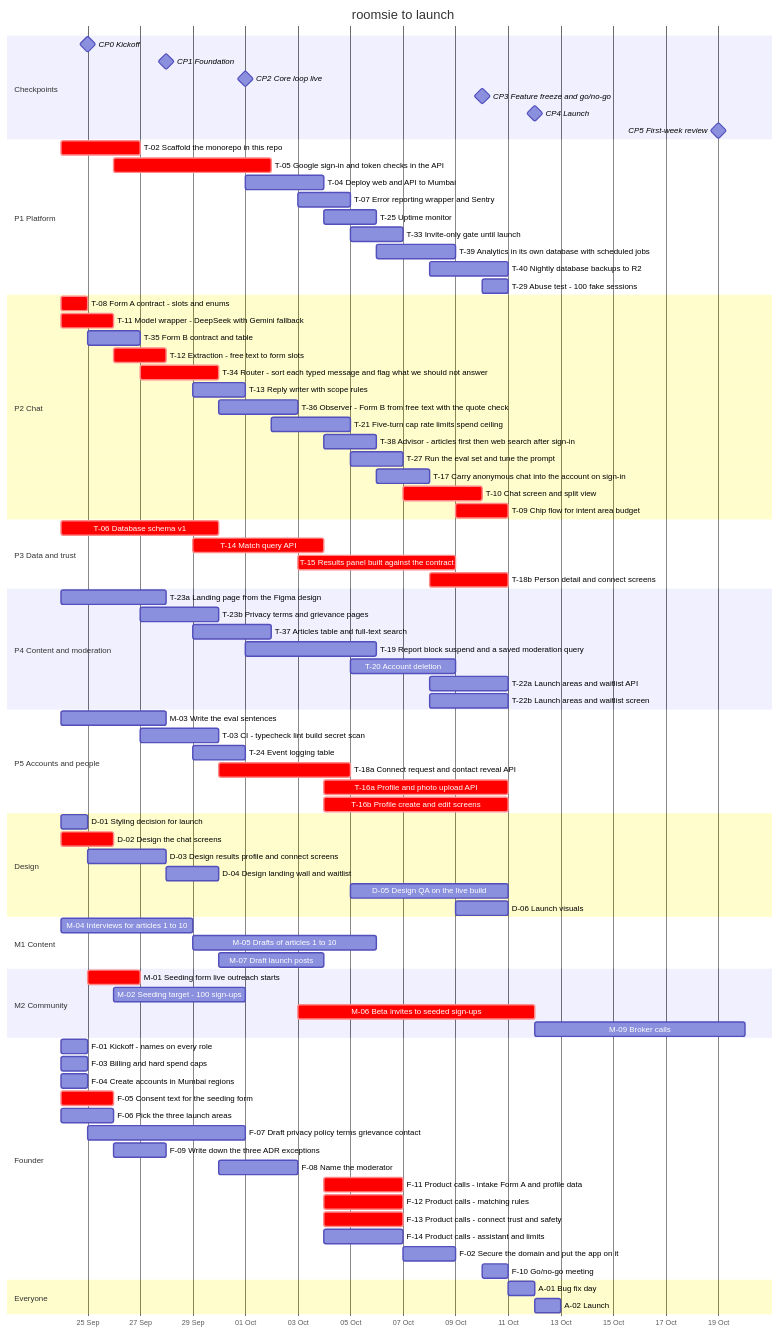
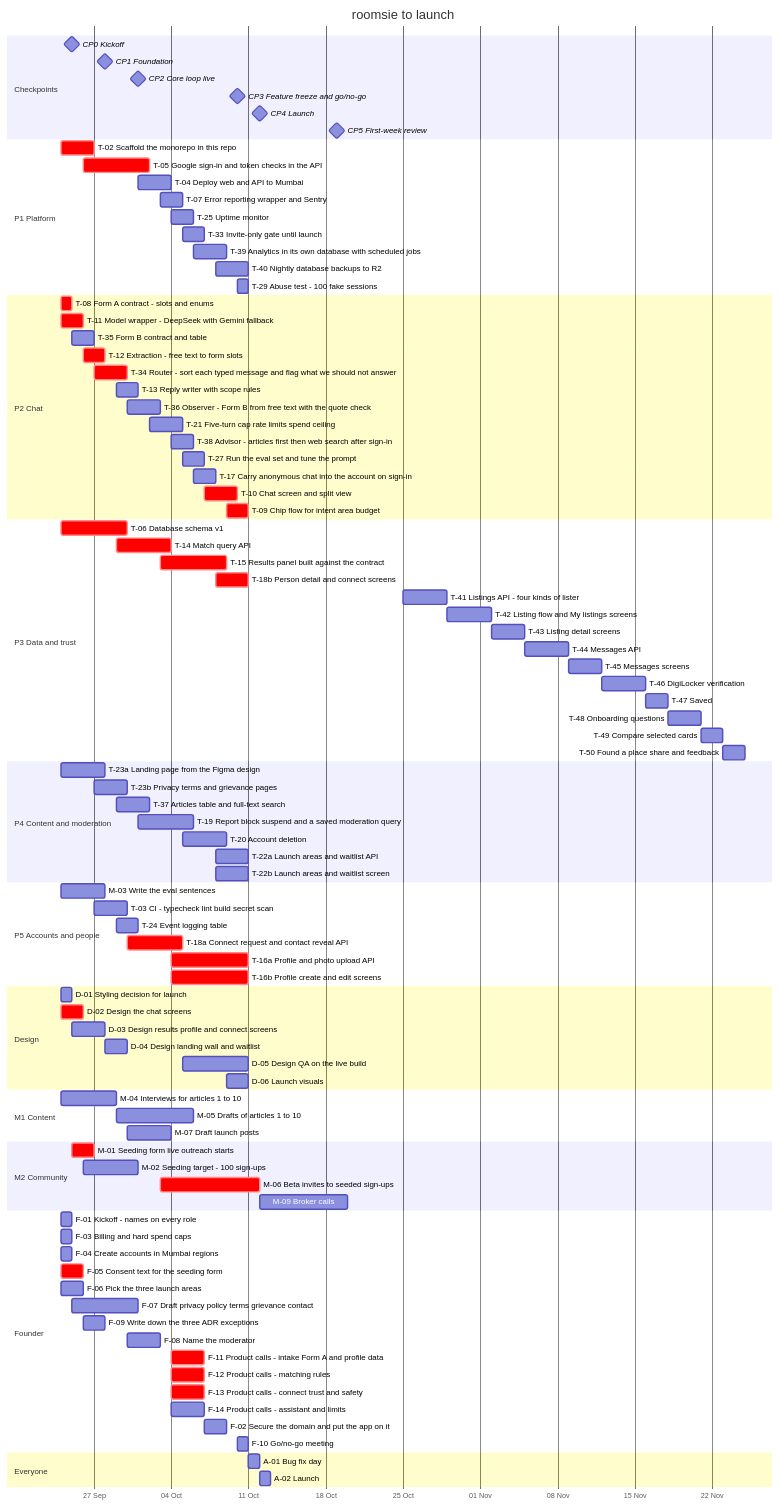
The diagram in docs/team-plan.md (magentawood/roomsie), drawn with Mermaid before and after one commit. The commit also changed other lines of this file and 34 other files, not shown here.

```diff
--- a/docs/team-plan.md
+++ b/docs/team-plan.md
@@ -323,6 +343,16 @@
     T-14 Match query API :crit, t14, 2026-09-29, 5d
     T-15 Results panel built against the contract :crit, t15, 2026-10-03, 6d
     T-18b Person detail and connect screens :crit, t18b, 2026-10-08, 3d
+    T-41 Listings API - four kinds of lister :t41, 2026-10-25, 4d
+    T-42 Listing flow and My listings screens :t42, 2026-10-29, 4d
+    T-43 Listing detail screens :t43, 2026-11-02, 3d
+    T-44 Messages API :t44, 2026-11-05, 4d
+    T-45 Messages screens :t45, 2026-11-09, 3d
+    T-46 DigiLocker verification :t46, 2026-11-12, 4d
+    T-47 Saved :t47, 2026-11-16, 2d
+    T-48 Onboarding questions :t48, 2026-11-18, 3d
+    T-49 Compare selected cards :t49, 2026-11-21, 2d
+    T-50 Found a place share and feedback :t50, 2026-11-23, 2d
     section P4 Content and moderation
     T-23a Landing page from the Figma design :t23a, 2026-09-24, 4d
     T-23b Privacy terms and grievance pages :t23b, 2026-09-27, 3d
```
